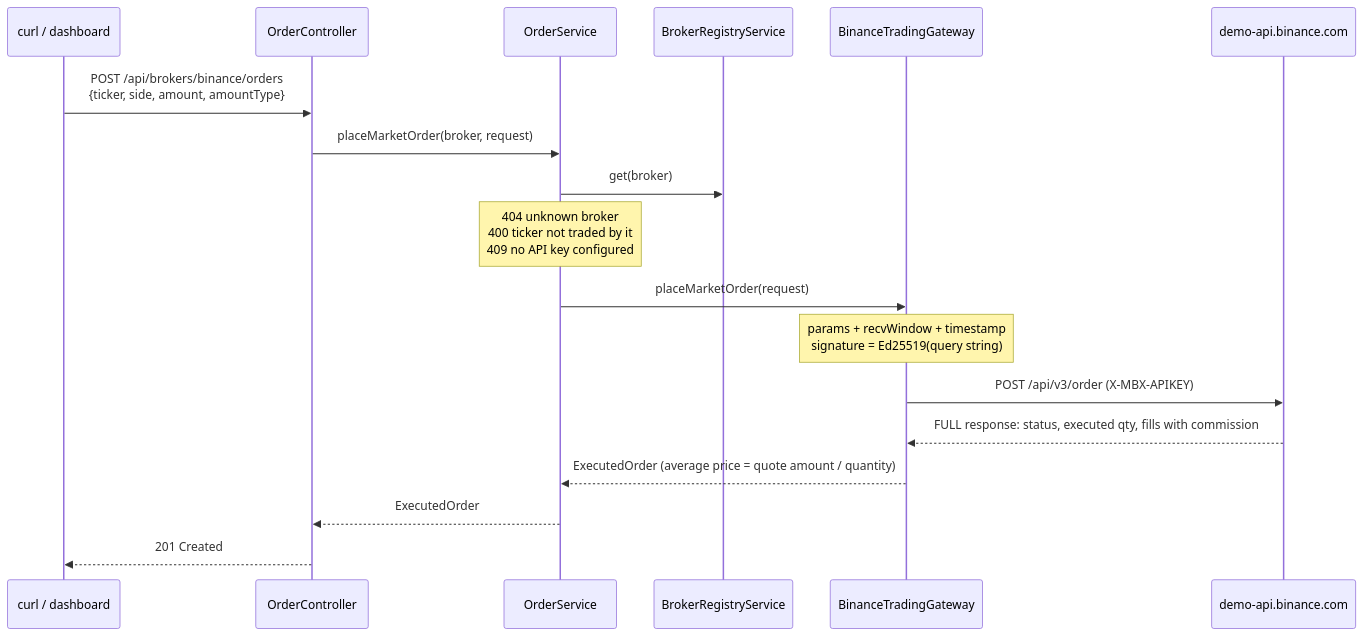
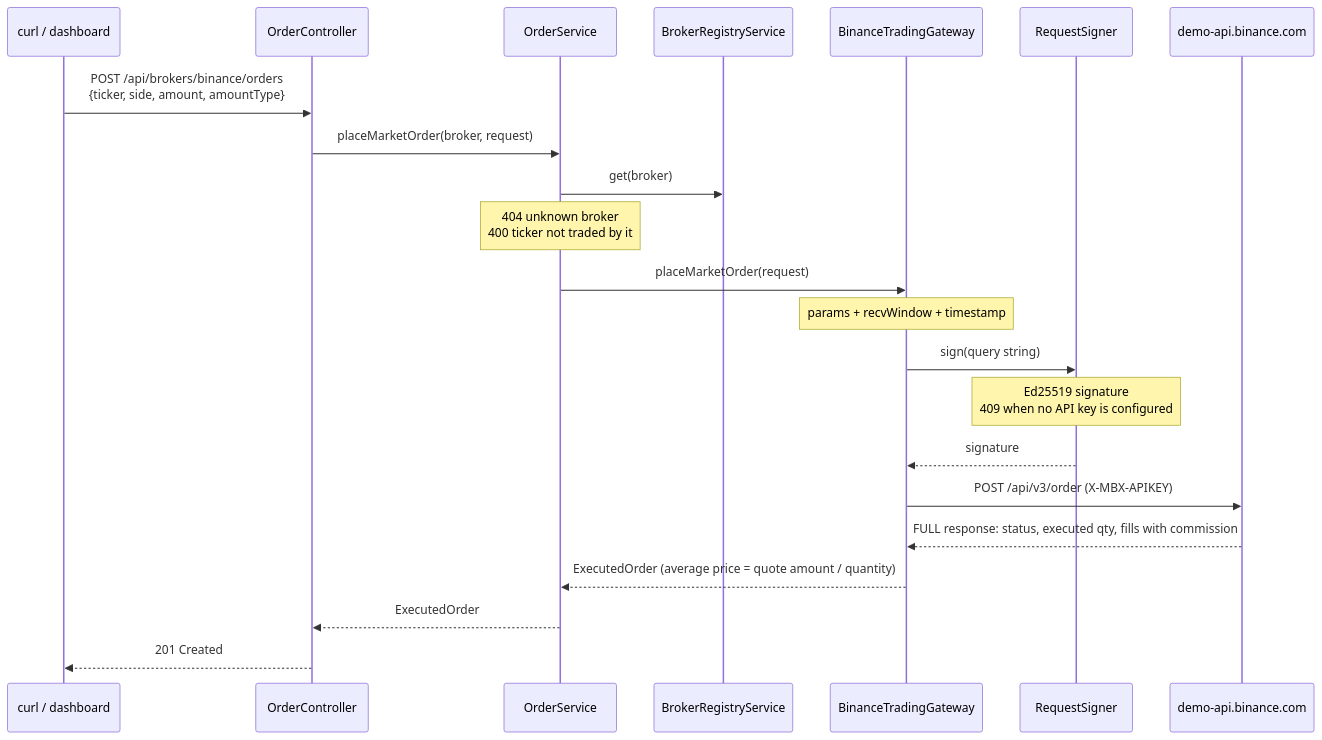
Before and after one commit to ShadowOfDiablo/t212-coding-task: diagram 11 of 20 in docs/ARCHITECTURE.md, drawn with Mermaid. The commit also changed other lines of this file and 35 other files, not shown here.

First line of the commit message:
Address review: balance DTO, request signer, gateway bean, runtime bot mode, balance cache

````diff
--- a/docs/ARCHITECTURE.md
+++ b/docs/ARCHITECTURE.md
@@ -406,21 +412,25 @@
 ```mermaid
 sequenceDiagram
     participant C as curl / dashboard
     participant API as OrderController
     participant S as OrderService
     participant R as BrokerRegistryService
     participant G as BinanceTradingGateway
+    participant K as RequestSigner
     participant B as demo-api.binance.com
 
     C->>API: POST /api/brokers/binance/orders<br/>{ticker, side, amount, amountType}
     API->>S: placeMarketOrder(broker, request)
     S->>R: get(broker)
-    Note over S: 404 unknown broker<br/>400 ticker not traded by it<br/>409 no API key configured
+    Note over S: 404 unknown broker<br/>400 ticker not traded by it
     S->>G: placeMarketOrder(request)
-    Note over G: params + recvWindow + timestamp<br/>signature = Ed25519(query string)
+    Note over G: params + recvWindow + timestamp
+    G->>K: sign(query string)
+    Note over K: Ed25519 signature<br/>409 when no API key is configured
+    K-->>G: signature
     G->>B: POST /api/v3/order (X-MBX-APIKEY)
     B-->>G: FULL response: status, executed qty, fills with commission
     G-->>S: ExecutedOrder (average price = quote amount / quantity)
     S-->>API: ExecutedOrder
     API-->>C: 201 Created
 ```
````
